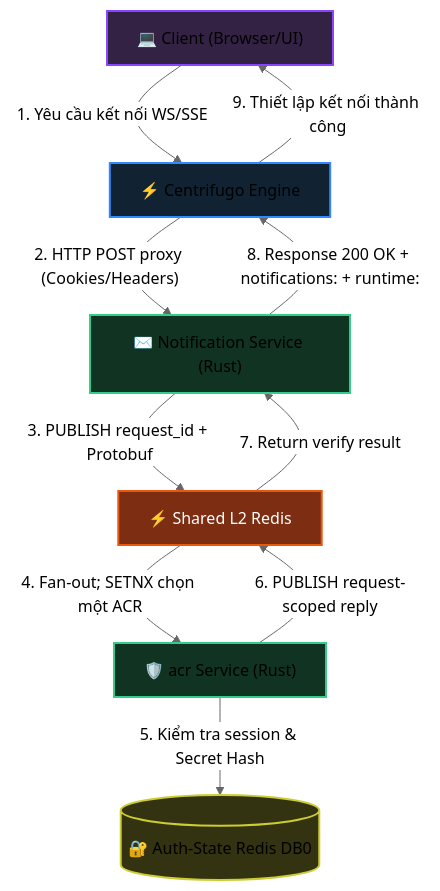
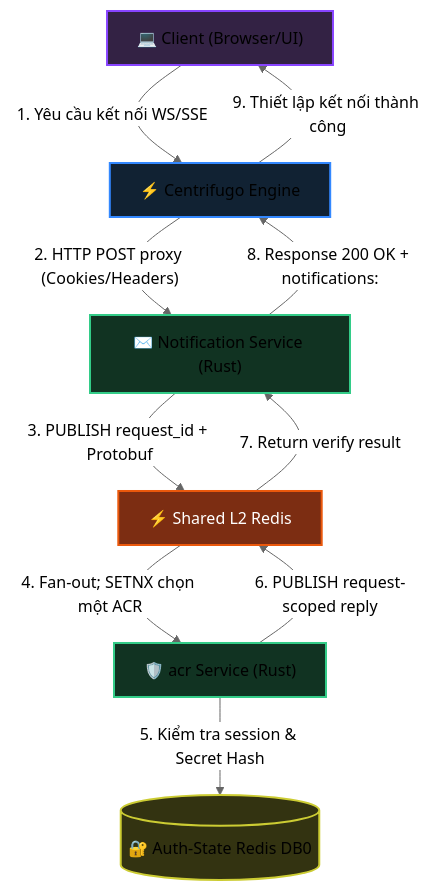
One commit to phucle996/aurora changed the first of 2 diagrams in god_view/notification/centrifugo_auth_god_view_workflow.md. Above: the diagram before and after it, drawn with Mermaid (neutral theme). The commit also changed other lines of this file and 60 other files, not shown here.

Commit message:
refactor: restructure notification service architecture by consolidating inbound, application, and contract layers into service, repo, and transport modules

````diff
--- a/god_view/notification/centrifugo_auth_god_view_workflow.md
+++ b/god_view/notification/centrifugo_auth_god_view_workflow.md
@@ -34,25 +34,25 @@
 ```mermaid
 graph TD
     classDef client fill:#332244,stroke:#8844ff,stroke-width:2px;
     classDef gateway fill:#112233,stroke:#3388ff,stroke-width:2px;
     classDef edgeService fill:#113322,stroke:#33cc88,stroke-width:2px;
     classDef storage fill:#333311,stroke:#cccc33,stroke-width:2px;
     classDef queue fill:#7c2d12,stroke:#ea580c,color:#ffffff,stroke-width:2px;
 
     Client["💻 Client (Browser/UI)"]:::client
     Centrifugo["⚡ Centrifugo Engine"]:::gateway
     Notification["✉️ Notification Service (Rust)"]:::edgeService
     SharedRedis["⚡ Shared L2 Redis"]:::queue
     acr["🛡️ acr Service (Rust)"]:::edgeService
     AuthRedis[("🔐 Auth-State Redis DB0")]:::storage
 
     Client -- "1. Yêu cầu kết nối WS/SSE" --> Centrifugo
     Centrifugo -- "2. HTTP POST proxy (Cookies/Headers)" --> Notification
     Notification -- "3. PUBLISH request_id + Protobuf" --> SharedRedis
     SharedRedis -- "4. Fan-out; SETNX chọn một ACR" --> acr
     acr -- "5. Kiểm tra session & Secret Hash" --> AuthRedis
     acr -- "6. PUBLISH request-scoped reply" --> SharedRedis
     SharedRedis -- "7. Return verify result" --> Notification
-    Notification -- "8. Response 200 OK + notifications:<user_id> + runtime:<user_id>" --> Centrifugo
+    Notification -- "8. Response 200 OK + notifications:<user_id>" --> Centrifugo
     Centrifugo -- "9. Thiết lập kết nối thành công" --> Client
 ```
````
